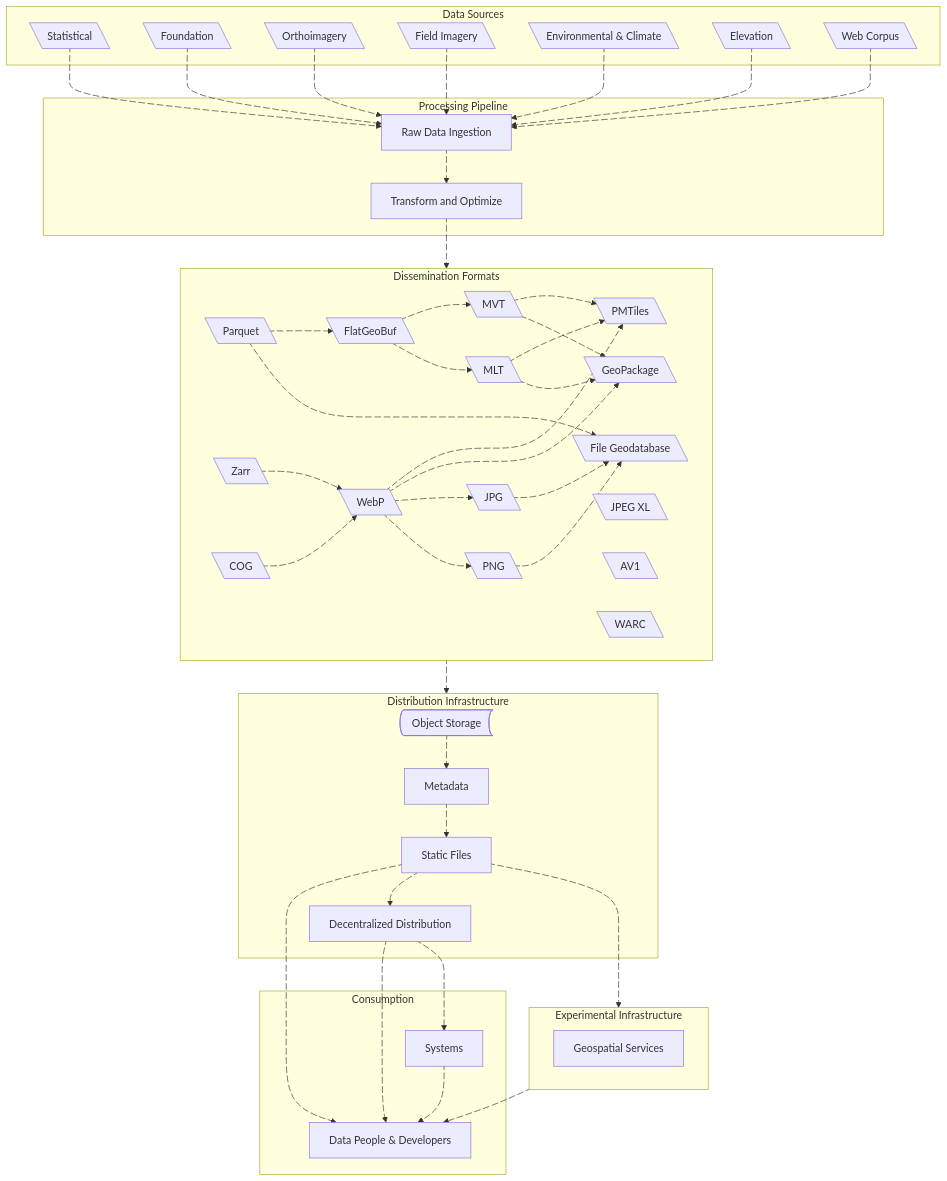
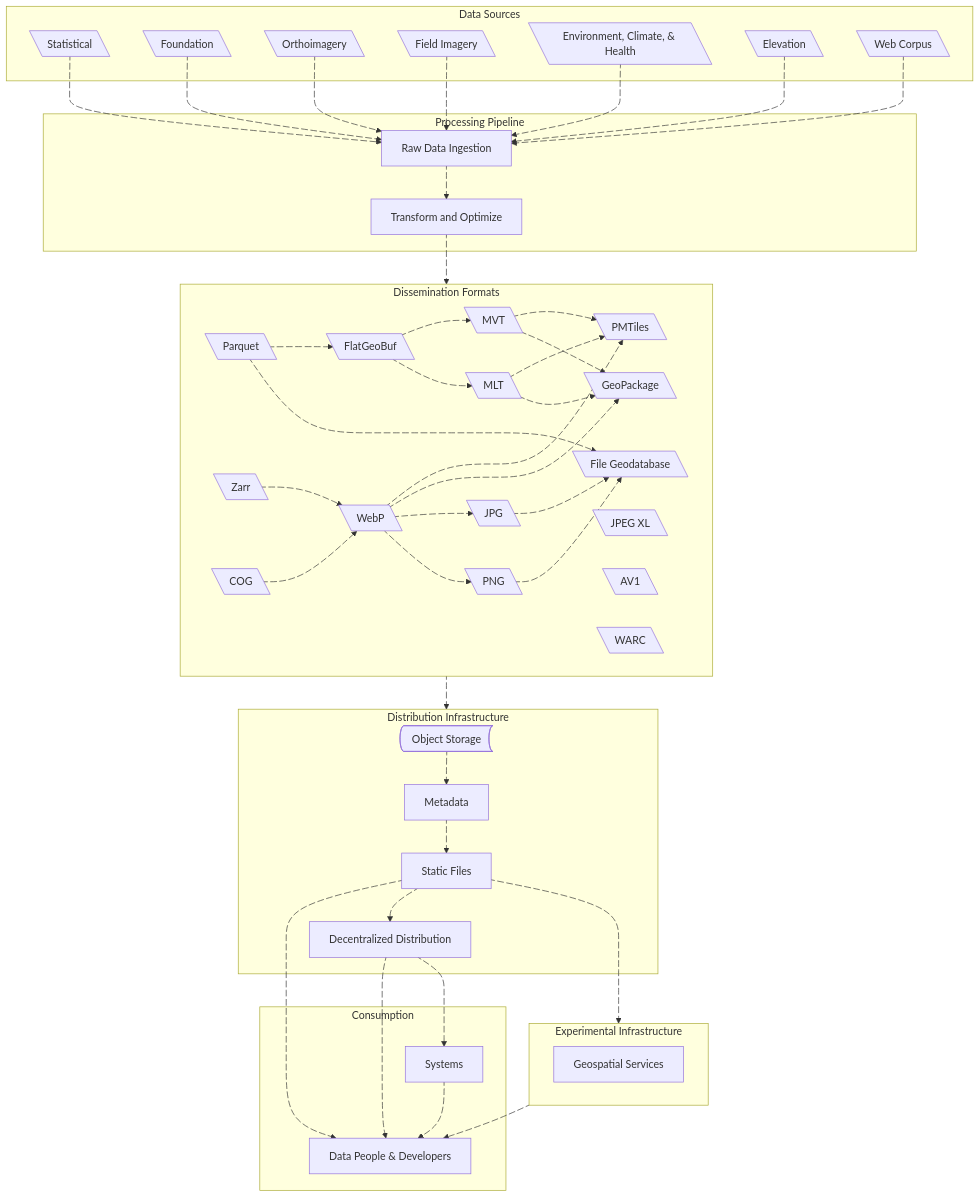
Before and after one commit to dataforcanada/www.dataforcanada.org: the diagram in content/_index.md, drawn with Mermaid.

Commit message:
Change Environment & Climate data source to Environment, Climate, & Health

```diff
--- a/content/_index.md
+++ b/content/_index.md
@@ -64,7 +64,7 @@
         Foundation@{ shape: lean-l}
         Orthoimagery@{ shape: lean-l}
         FieldImagery@{ shape: lean-l, label: "Field Imagery"}
-        EnvironmentClimate@{ shape: lean-l, label: "Environmental & Climate"}
+        EnvironmentClimate@{ shape: lean-l, label: "Environment, Climate, & Health"}
         Elevation@{ shape: lean-l}
         WebCorpus@{ shape: lean-l, label: "Web Corpus"}
     end
@@ -191,7 +191,7 @@
     click Statistical "https://github.com/dataforcanada/process-statistical-labs/" _blank
     click Orthoimagery "https://github.com/dataforcanada/process-orthoimagery-labs/" _blank
     click FieldImagery "https://github.com/dataforcanada/process-field-imagery-labs/" _blank
-    click EnvironmentClimate "https://github.com/dataforcanada/process-environmental-climate-labs/" _blank
+    click EnvironmentClimate "https://github.com/dataforcanada/process-environmental-climate-health-labs/" _blank
     click Elevation "https://github.com/dataforcanada/process-elevation-labs/" _blank
     click WebCorpus "https://github.com/dataforcanada/process-web-corpus-labs/" _blank
 
```
